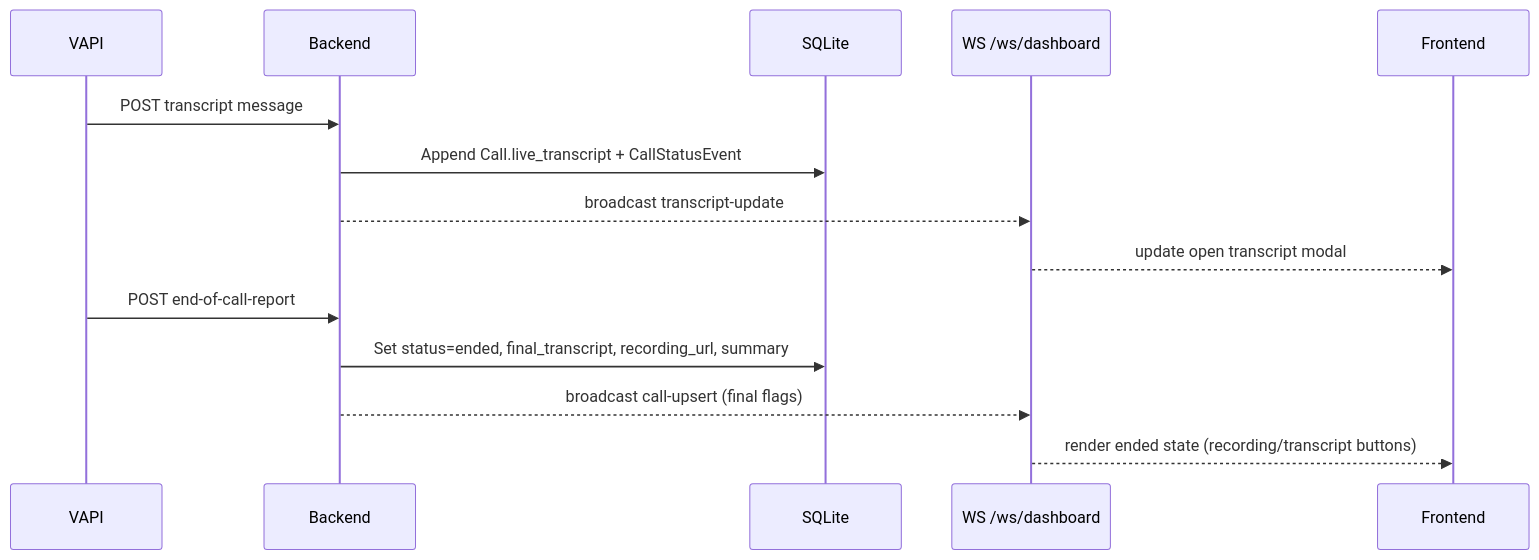
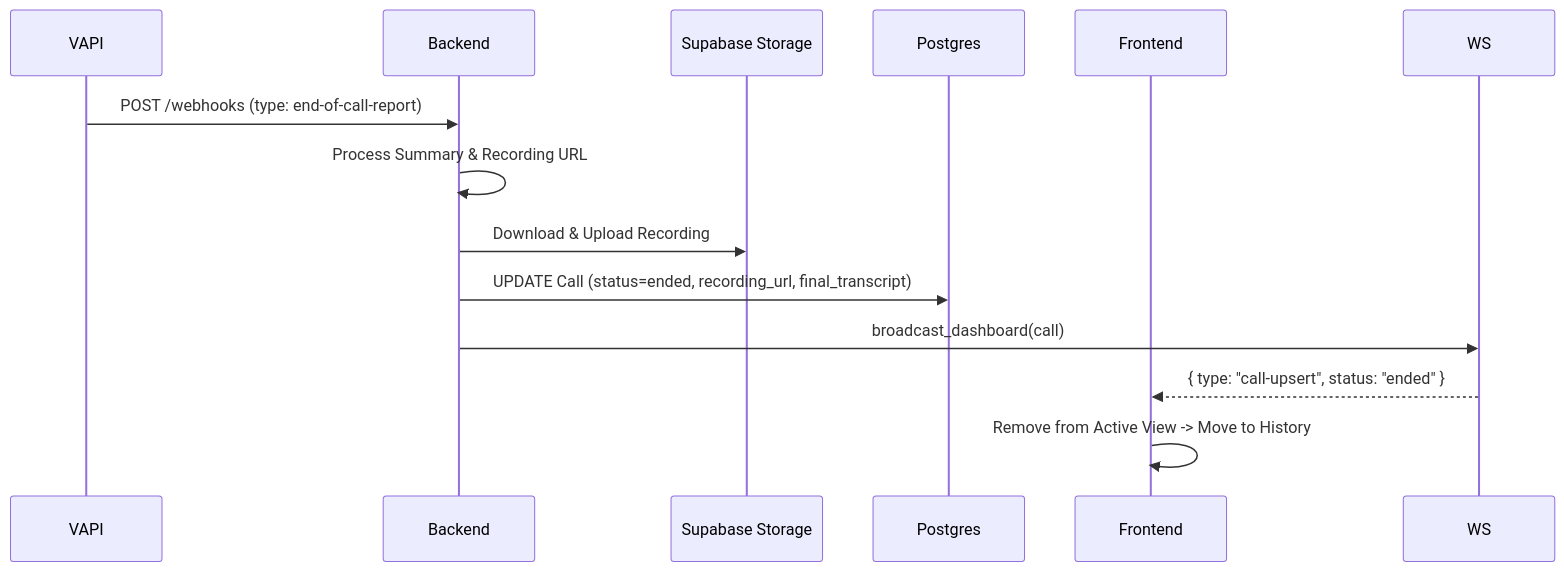
Before and after one commit to ronaks2309/fe-inbound-panel: the fifth of 6 diagrams in readme.md, drawn with Mermaid. The commit also changed other lines of this file and 3 other files, not shown here.

````diff
--- a/readme.md
+++ b/readme.md
@@ -258,18 +295,16 @@
 ```mermaid
 sequenceDiagram
-  participant V as VAPI
-  participant B as Backend
-  participant DB as SQLite
-  participant W as WS /ws/dashboard
-  participant F as Frontend
+    participant V as VAPI
+    participant BE as Backend
+    participant S as Supabase Storage
+    participant DB as Postgres
+    participant FE as Frontend
 
-  V->>B: POST transcript message
-  B->>DB: Append Call.live_transcript + CallStatusEvent
-  B-->>W: broadcast transcript-update
-  W-->>F: update open transcript modal
-
-  V->>B: POST end-of-call-report
-  B->>DB: Set status=ended, final_transcript, recording_url, summary
-  B-->>W: broadcast call-upsert (final flags)
-  W-->>F: render ended state (recording/transcript buttons)
+    V->>BE: POST /webhooks (type: end-of-call-report)
+    BE->>BE: Process Summary & Recording URL
+    BE->>S: Download & Upload Recording
+    BE->>DB: UPDATE Call (status=ended, recording_url, final_transcript)
+    BE->>WS: broadcast_dashboard(call)
+    WS-->>FE: { type: "call-upsert", status: "ended" }
+    FE->>FE: Remove from Active View -> Move to History
 ```
````
